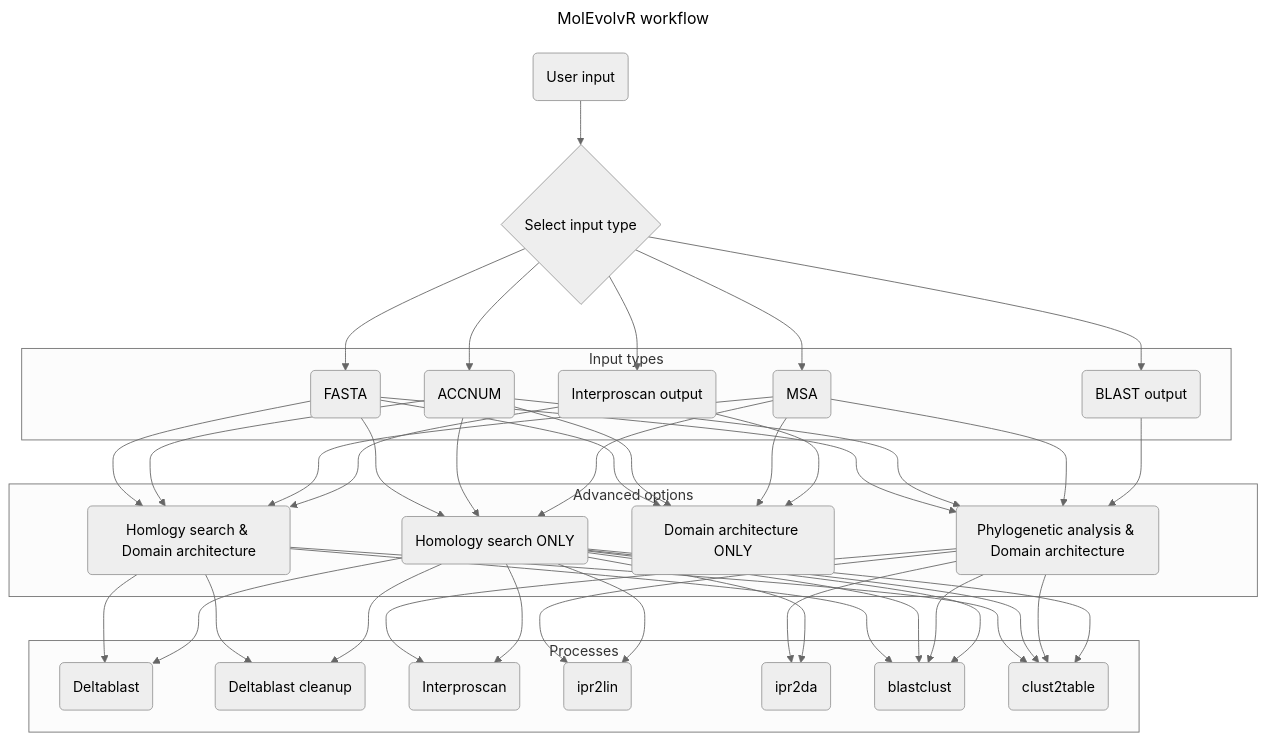
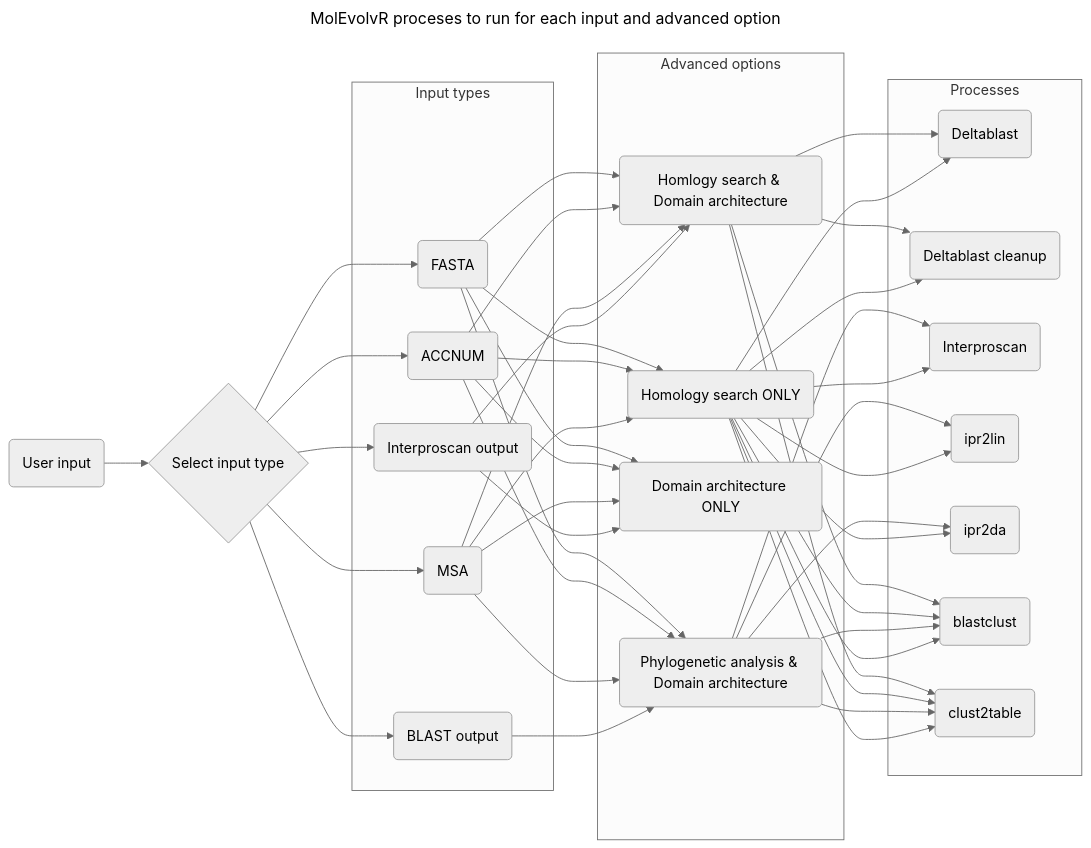
One commit to JRaviLab/MolEvolvR changed the diagram in docs/molevolvr_backend_workflow.md. Above: the diagram before and after it, drawn with Mermaid (neutral theme).

Commit message:
mermaid-backend-input2procs: now LR diagram, use semantic node names, update title

````diff
--- a/docs/molevolvr_backend_workflow.md
+++ b/docs/molevolvr_backend_workflow.md
@@ -1,85 +1,84 @@
-``` mermaid
+```mermaid
 ---
-title: MolEvolvR workflow
+title: MolEvolvR proceses to run for each input and advanced option
 ---
 
-flowchart TD
+flowchart LR
     %% Input types
-    A(User input)
-    A --> Z
-    Z{Select input type}
+    USER_INPUT(User input)
+    USER_INPUT --> SELECT_INPUT
+    SELECT_INPUT{Select input type}
     subgraph Input types
-        B(FASTA)
-        C(ACCNUM)
-        D(MSA)
-        E(BLAST output)
-        F(Interproscan output)
+        FASTA(FASTA)
+        ACCNUM(ACCNUM)
+        MSA(MSA)
+        BLAST_OUTPUT(BLAST output)
+        INTERPROSCAN_OUTPUT(Interproscan output)
     end
-        Z --> B
-        Z --> C
-        Z --> D
-        Z --> E
-        Z --> F
+        SELECT_INPUT --> FASTA
+        SELECT_INPUT --> ACCNUM
+        SELECT_INPUT --> MSA
+        SELECT_INPUT --> BLAST_OUTPUT
+        SELECT_INPUT --> INTERPROSCAN_OUTPUT
     %% Options for each input type
         subgraph Advanced options
-            G(Phylogenetic analysis & Domain architecture)
-            H(Homlogy search & Domain architecture)
-            I(Domain architecture ONLY)
-            J(Homology search ONLY)
+            PHYLO_AND_DOMARCH(Phylogenetic analysis & Domain architecture)
+            HOMOLOGY_AND_DOMARCH(Homlogy search & Domain architecture)
+            DOMARCH(Domain architecture ONLY)
+            HOMOLOGY(Homology search ONLY)
         end
         %%Y{Advanced options}
         %% FASTA
-        B --> G
-        B --> H
-        B --> I
-        B --> J
+        FASTA --> PHYLO_AND_DOMARCH
+        FASTA --> HOMOLOGY_AND_DOMARCH
+        FASTA --> DOMARCH
+        FASTA --> HOMOLOGY
         %% ACCNUM
-        C --> G
-        C --> H
-        C --> I
-        C --> J
+        ACCNUM --> PHYLO_AND_DOMARCH
+        ACCNUM --> HOMOLOGY_AND_DOMARCH
+        ACCNUM --> DOMARCH
+        ACCNUM --> HOMOLOGY
         %% MSA
-        D --> G
-        D --> H
-        D --> I
-        D --> J
+        MSA --> PHYLO_AND_DOMARCH
+        MSA --> HOMOLOGY_AND_DOMARCH
+        MSA --> DOMARCH
+        MSA --> HOMOLOGY
         %% Blast output
-        E --> G
+        BLAST_OUTPUT --> PHYLO_AND_DOMARCH
         %% Interproscan output
-        F --> H
-        F --> I
+        INTERPROSCAN_OUTPUT --> HOMOLOGY_AND_DOMARCH
+        INTERPROSCAN_OUTPUT --> DOMARCH
         %% Processes
         subgraph Processes
-            K(Deltablast)
-            L(Deltablast cleanup)
-            M(Interproscan)
-            N(ipr2lin)
-            O(ipr2da)
-            P(blastclust)
-            Q(clust2table)
+            DELTABLAST(Deltablast)
+            DELTABLAST_CLEANUP(Deltablast cleanup)
+            INTERPROSCAN(Interproscan)
+            IPR2LIN(ipr2lin)
+            IPR2DA(ipr2da)
+            BLASTCLUST(blastclust)
+            CLUST2TABLE(clust2table)
         end
         %% Options' processes
             %% Homology Search & Domain Architecture
-            H --> K
-            H --> L
-            H --> P
-            H --> Q
+            HOMOLOGY_AND_DOMARCH --> DELTABLAST
+            HOMOLOGY_AND_DOMARCH --> DELTABLAST_CLEANUP
+            HOMOLOGY_AND_DOMARCH --> BLASTCLUST
+            HOMOLOGY_AND_DOMARCH --> CLUST2TABLE
             %% Homology search only
-            J --> K
-            J --> L
-            J --> P
-            J --> Q
+            HOMOLOGY --> DELTABLAST
+            HOMOLOGY --> DELTABLAST_CLEANUP
+            HOMOLOGY --> BLASTCLUST
+            HOMOLOGY --> CLUST2TABLE
             %% Phylogenetic analysis & Domain Architecture
-            G --> M
-            G --> N
-            G --> O
-            G --> P
-            G --> Q
+            PHYLO_AND_DOMARCH --> INTERPROSCAN
+            PHYLO_AND_DOMARCH --> IPR2LIN
+            PHYLO_AND_DOMARCH --> IPR2DA
+            PHYLO_AND_DOMARCH --> BLASTCLUST
+            PHYLO_AND_DOMARCH --> CLUST2TABLE
             %% Domain Architecture ONLY
-            J --> M
-            J --> N
-            J --> O
-            J --> P
-            J --> Q
-
+            HOMOLOGY --> INTERPROSCAN
+            HOMOLOGY --> IPR2LIN
+            HOMOLOGY --> IPR2DA
+            HOMOLOGY --> BLASTCLUST
+            HOMOLOGY --> CLUST2TABLE
 ```
````
